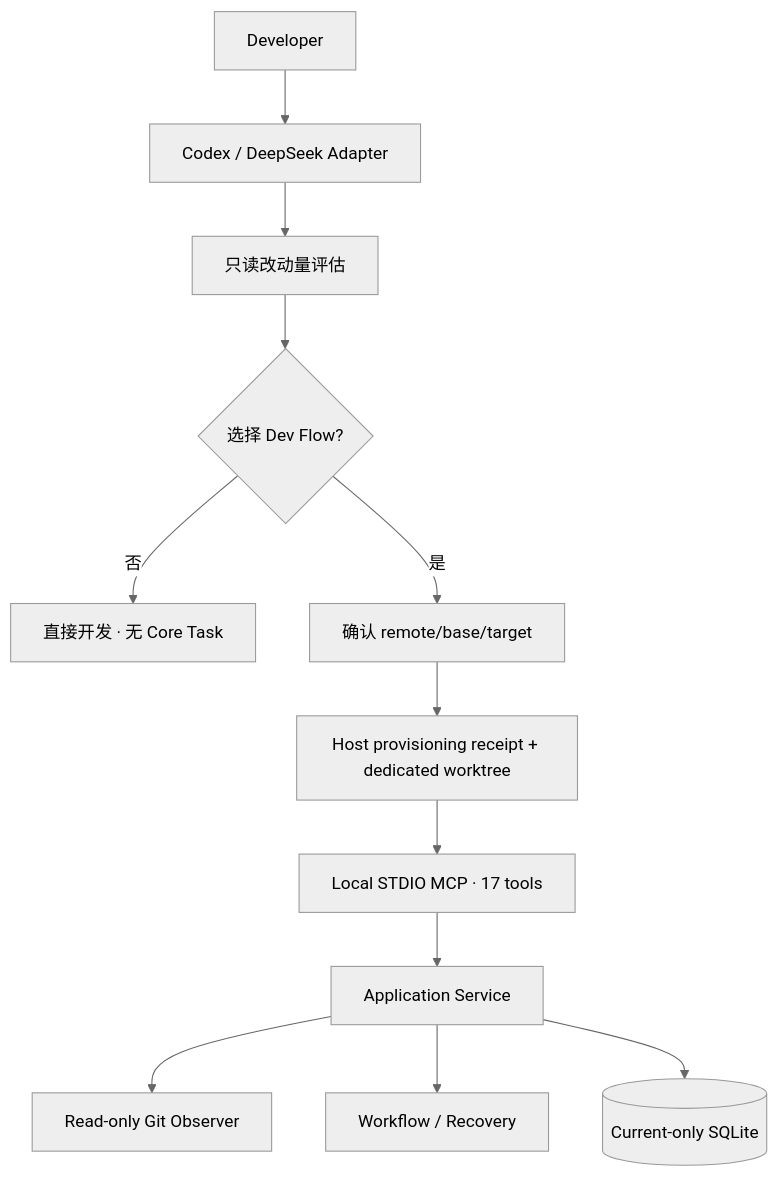
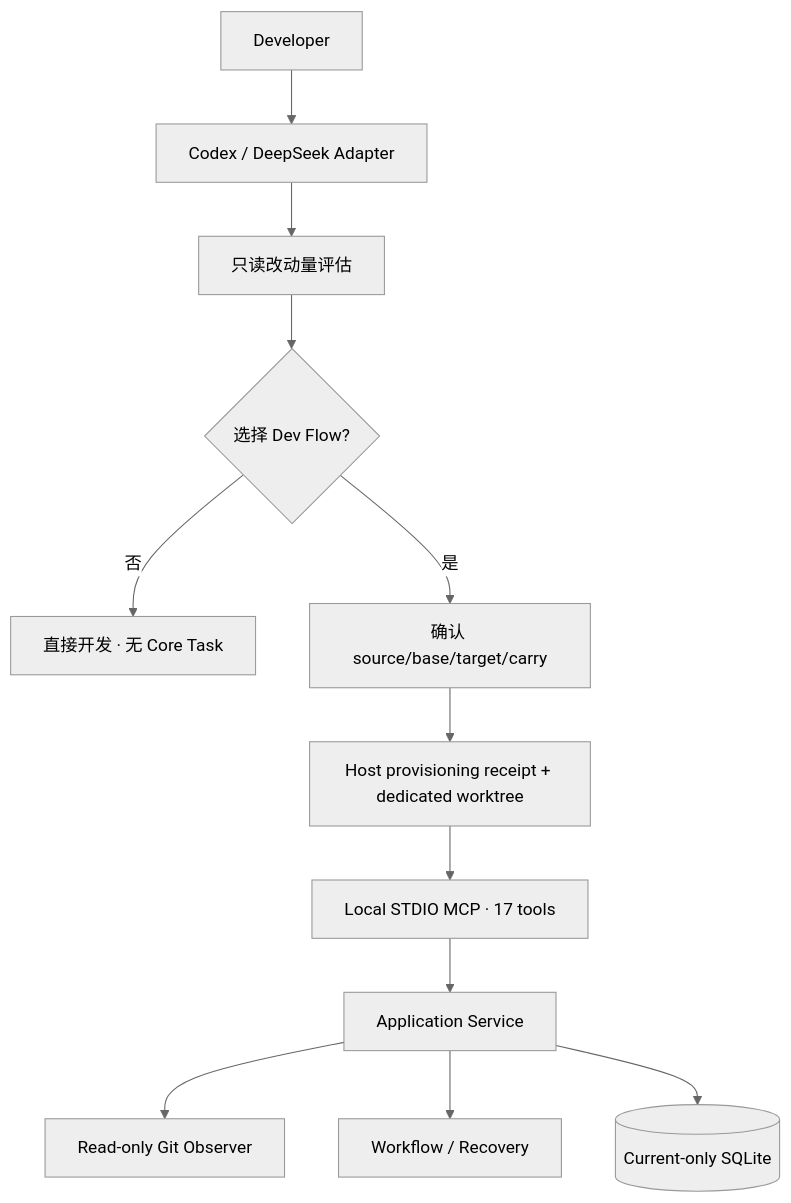
One commit to Innocent-children/dev-flow changed the diagram in docs/ARCHITECTURE.md. Above: the diagram before and after it, drawn with Mermaid (neutral theme). The commit also changed other lines of this file and 103 other files, not shown here.

````diff
--- a/docs/ARCHITECTURE.md
+++ b/docs/ARCHITECTURE.md
@@ -14,14 +14,14 @@
 ```mermaid
 flowchart TB
     U[Developer] --> H[Codex / DeepSeek Adapter]
     H --> A[只读改动量评估]
     A --> C{选择 Dev Flow?}
     C -->|否| D[直接开发 · 无 Core Task]
-    C -->|是| P[确认 remote/base/target]
+    C -->|是| P[确认 source/base/target/carry]
     P --> W[Host provisioning receipt + dedicated worktree]
     W --> M[Local STDIO MCP · 17 tools]
     M --> S[Application Service]
     S --> G[Read-only Git Observer]
     S --> F[Workflow / Recovery]
     S --> DB[(Current-only SQLite)]
 ```
````
